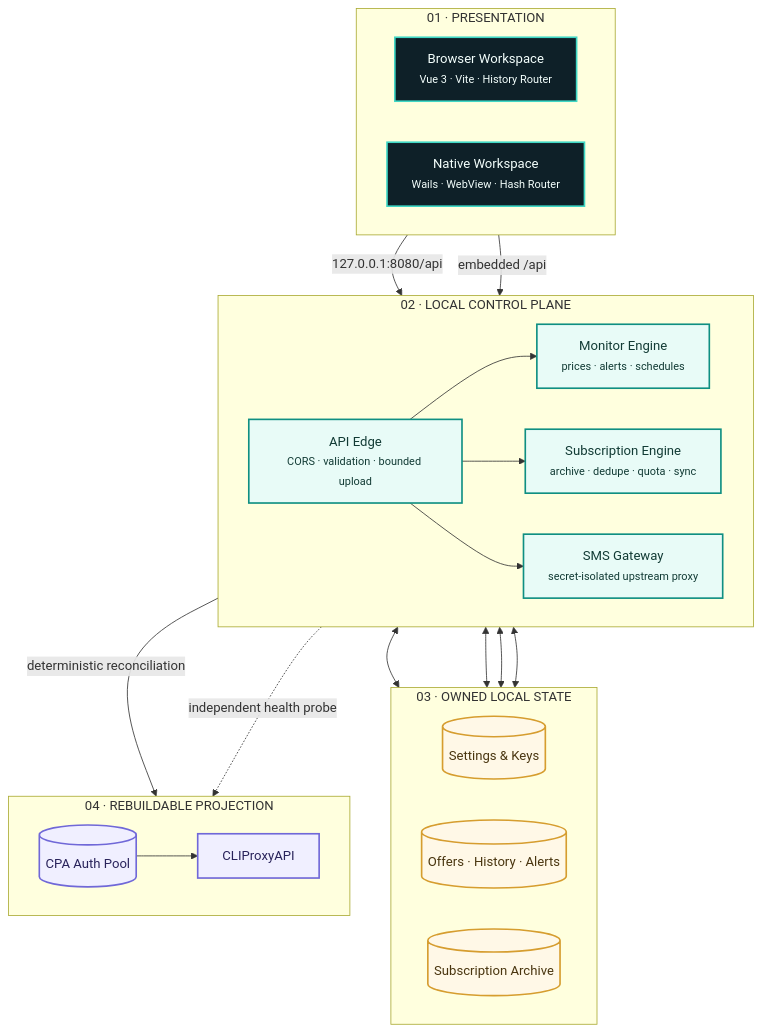
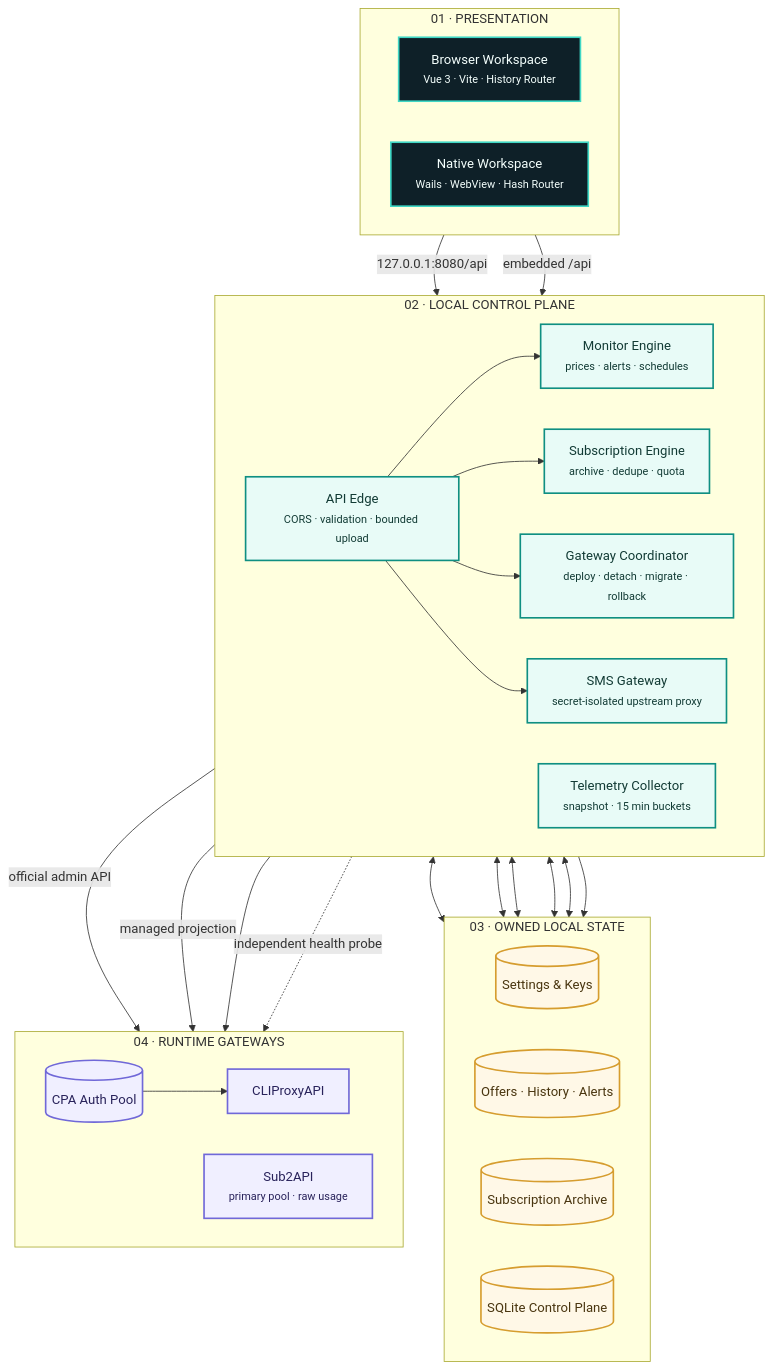
One commit to 2921323707/CPA_Orbit changed the first of 3 diagrams in docs/architecture/README.md. Above: the diagram before and after it, drawn with Mermaid. The commit also changed other lines of this file and 33 other files, not shown here.

Commit message:
docs: define Sub2API primary and CPA fallback operations

````diff
--- a/docs/architecture/README.md
+++ b/docs/architecture/README.md
@@ -20,49 +21,57 @@
 ```mermaid
 flowchart TB
   subgraph PRESENTATION["01 · PRESENTATION"]
     direction LR
     BROWSER["Browser Workspace<br/><small>Vue 3 · Vite · History Router</small>"]
     DESKTOP["Native Workspace<br/><small>Wails · WebView · Hash Router</small>"]
   end
 
   subgraph CONTROL["02 · LOCAL CONTROL PLANE"]
     direction LR
     EDGE["API Edge<br/><small>CORS · validation · bounded upload</small>"]
     MONITOR["Monitor Engine<br/><small>prices · alerts · schedules</small>"]
-    SUBS["Subscription Engine<br/><small>archive · dedupe · quota · sync</small>"]
+		SUBS["Subscription Engine<br/><small>archive · dedupe · quota</small>"]
+		ROUTER["Gateway Coordinator<br/><small>deploy · detach · migrate · rollback</small>"]
+		TELEMETRY["Telemetry Collector<br/><small>snapshot · 15 min buckets</small>"]
     LUBAN["SMS Gateway<br/><small>secret-isolated upstream proxy</small>"]
   end
 
   subgraph PERSISTENCE["03 · OWNED LOCAL STATE"]
     direction LR
     SETTINGS[("Settings & Keys")]
     HISTORY[("Offers · History · Alerts")]
-    ARCHIVE[("Subscription Archive")]
+		ARCHIVE[("Subscription Archive")]
+		CONTROLDB[("SQLite Control Plane")]
   end
 
-  subgraph PROJECTION["04 · REBUILDABLE PROJECTION"]
+	 subgraph RUNTIME["04 · RUNTIME GATEWAYS"]
     direction LR
     AUTH[("CPA Auth Pool")]
     CLI["CLIProxyAPI"]
+		SUB2API["Sub2API<br/><small>primary pool · raw usage</small>"]
   end
 
   BROWSER -->|"127.0.0.1:8080/api"| EDGE
   DESKTOP -->|"embedded /api"| EDGE
-  EDGE --> MONITOR & SUBS & LUBAN
+	EDGE --> MONITOR & SUBS & ROUTER & LUBAN
   MONITOR <--> HISTORY
   MONITOR <--> SETTINGS
   SUBS <--> SETTINGS
   SUBS <--> ARCHIVE
-  SUBS -->|"deterministic reconciliation"| AUTH
+	ROUTER <--> CONTROLDB
+	ROUTER -->|"official admin API"| SUB2API
+	ROUTER -->|"managed projection"| AUTH
+	TELEMETRY --> SUB2API
+	TELEMETRY --> CONTROLDB
   AUTH --> CLI
   EDGE -. "independent health probe" .-> CLI
 
   classDef presentation fill:#0e2028,stroke:#3fd7c5,color:#f4fffd,stroke-width:2px;
   classDef control fill:#e8fbf7,stroke:#0f8f82,color:#123b35,stroke-width:2px;
   classDef persistence fill:#fff8e7,stroke:#d69d2f,color:#49350f,stroke-width:2px;
-  classDef projection fill:#f0efff,stroke:#7068d8,color:#29235b,stroke-width:2px;
+	classDef projection fill:#f0efff,stroke:#7068d8,color:#29235b,stroke-width:2px;
   class BROWSER,DESKTOP presentation;
-  class EDGE,MONITOR,SUBS,LUBAN control;
-  class SETTINGS,HISTORY,ARCHIVE persistence;
-  class AUTH,CLI projection;
+	class EDGE,MONITOR,SUBS,ROUTER,TELEMETRY,LUBAN control;
+	class SETTINGS,HISTORY,ARCHIVE,CONTROLDB persistence;
+	class AUTH,CLI,SUB2API projection;
 ```
````
